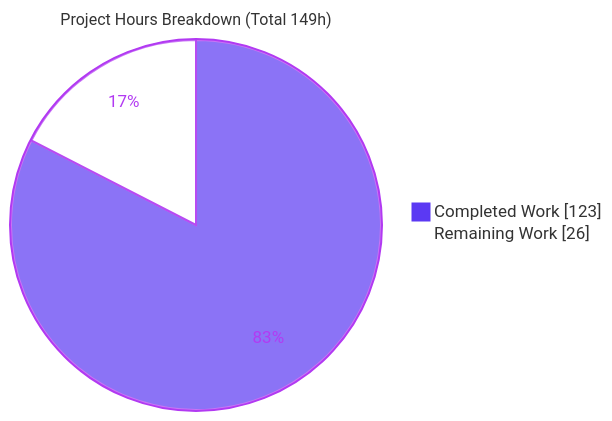
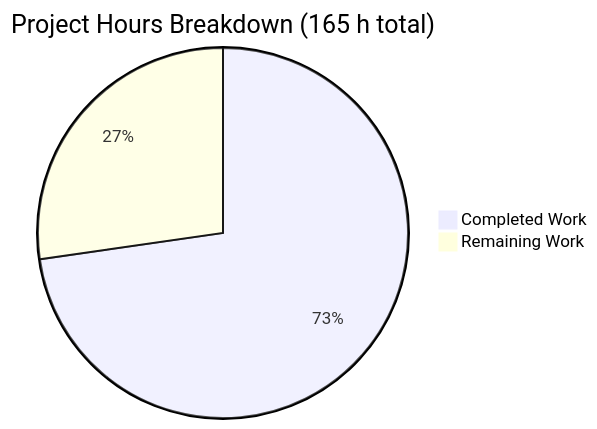
The second of 4 diagrams in blitzy/documentation/Project Guide.md (blitzy-public-samples/ardupilot-blitzy), drawn with Mermaid before and after one commit. The commit also changed other lines of this file, not shown here.

Commit message:
Adding Blitzy Project Guide: Project Status and Human Tasks Remaining

````diff
--- a/blitzy/documentation/Project Guide.md
+++ b/blitzy/documentation/Project Guide.md
@@ -276,6 +217,5 @@
 ```mermaid
-%%{init: {'theme':'base','themeVariables':{'pie1':'#5B39F3','pie2':'#FFFFFF','pieStrokeColor':'#B23AF2','pieOuterStrokeColor':'#B23AF2','pieStrokeWidth':'2px','pieSectionTextColor':'#B23AF2','pieTitleTextSize':'16px'}}}%%
-pie showData title Project Hours Breakdown (Total 149h)
-    "Completed Work" : 123
-    "Remaining Work" : 26
+pie title Project Hours Breakdown (165 h total)
+    "Completed Work" : 120
+    "Remaining Work" : 45
 ```
````
